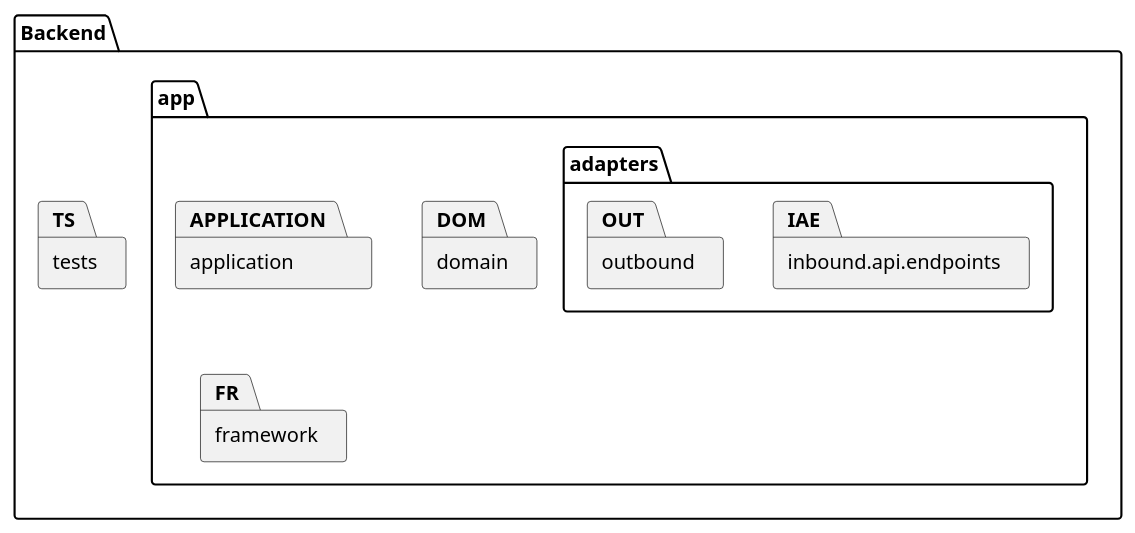
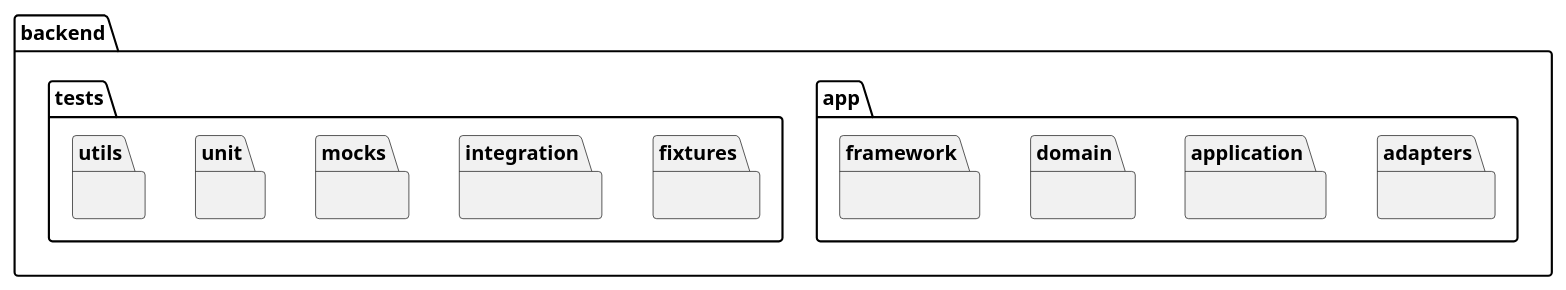
One commit to walle45611/NTUB_SecuManag_Diagram changed the diagram in plantUML/package/backend.puml. Above: the diagram before and after it, drawn with PlantUML. The commit also changed 3 other files, not shown here.

Commit message:
feat: 更新後端、RabbitMQ 和 Scheduler 模組的包結構，刪除監控模組的 PlantUML 文件

```diff
--- a/plantUML/package/backend.puml
+++ b/plantUML/package/backend.puml
@@ -1,14 +1,19 @@
-@startuml backend-package
-package "Backend" as BE {
-  package "app" as APP {
-    package "adapters" as AD {
-      package "inbound.api.endpoints" as IAE
-      package "outbound" as OUT
-    }
-    package "application" as APPLICATION
-    package "domain" as DOM
-    package "framework" as FR
+@startuml
+' Package diagram for backend/ directory (up to two levels)
+package "backend" {
+  package "app" {
+    package "adapters" {}
+    package "application" {}
+    package "domain" {}
+    package "framework" {}
   }
-  package "tests" as TS
+
+  package "tests" {
+    package "fixtures" {}
+    package "integration" {}
+    package "mocks" {}
+    package "unit" {}
+    package "utils" {}
+  }
 }
 @enduml
```
